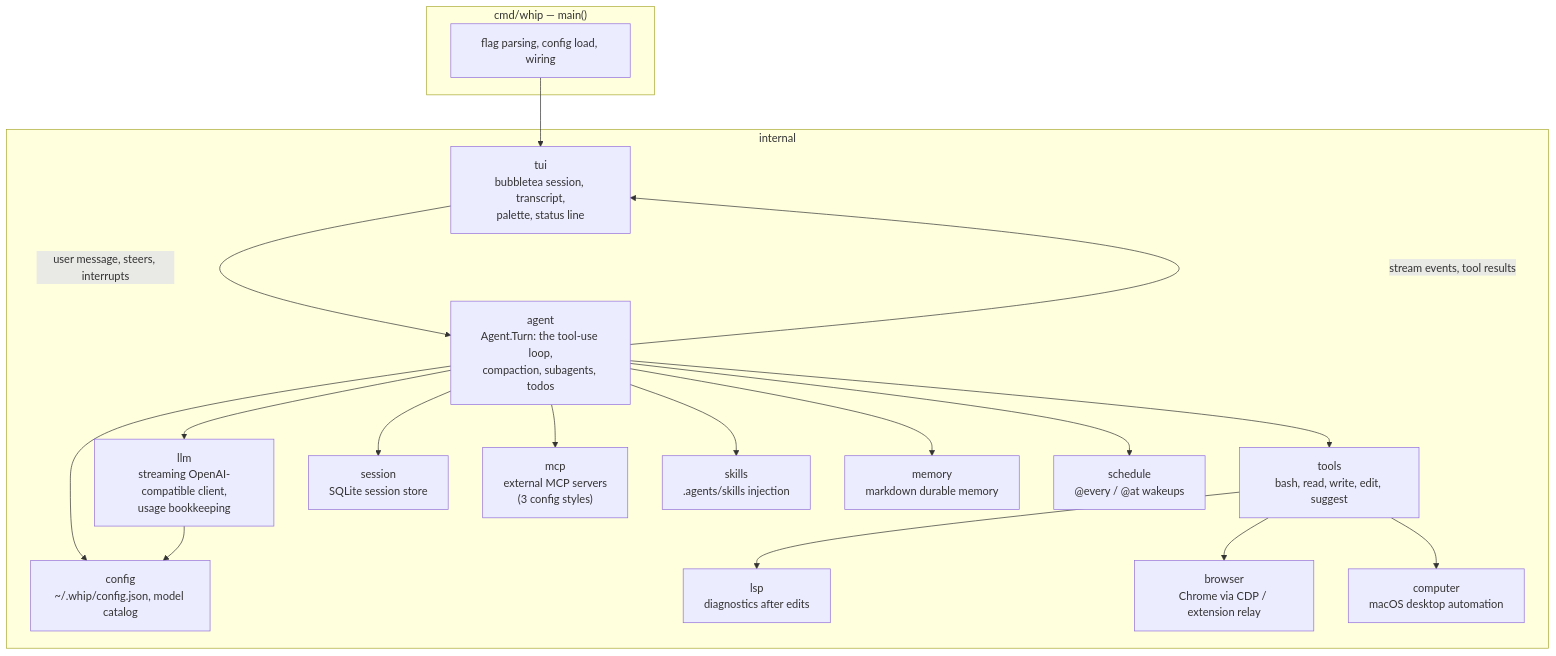
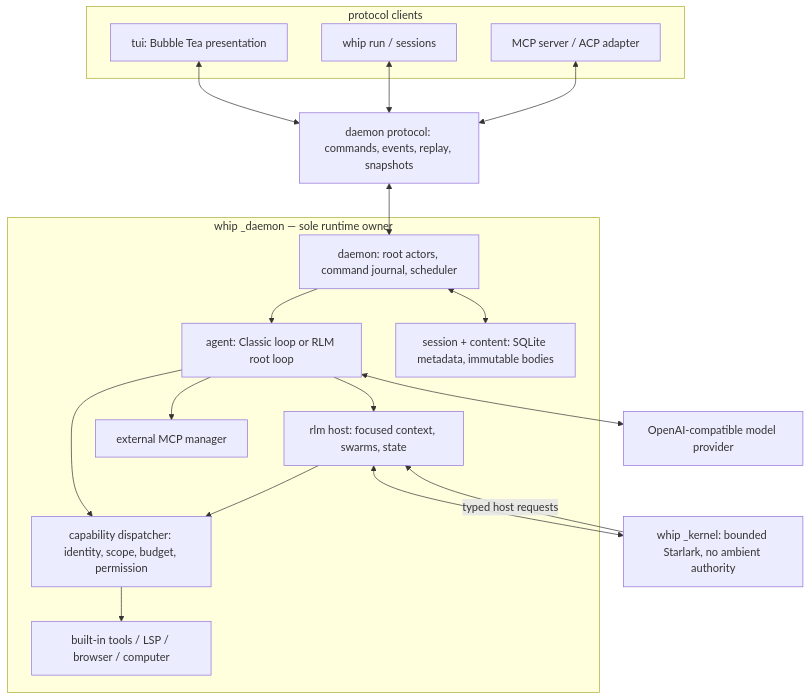
The first of 2 diagrams in docs/architecture.md (context-labs/whip), drawn with Mermaid before and after one commit. The commit also changed other lines of this file and 30 other files, not shown here.

Commit message:
feat(runtime): complete RLM release acceptance

````diff
--- a/docs/architecture.md
+++ b/docs/architecture.md
@@ -9,38 +10,36 @@
 ```mermaid
 flowchart TB
-    subgraph cmd["cmd/whip — main()"]
-        M[flag parsing, config load, wiring]
+    subgraph clients["protocol clients"]
+        TUI["tui: Bubble Tea presentation"]
+        RUN["whip run / sessions"]
+        ADAPTERS["MCP server / ACP adapter"]
     end
 
-    subgraph internal
-        TUI["tui<br/>bubbletea session, transcript,<br/>palette, status line"]
-        AGENT["agent<br/>Agent.Turn: the tool-use loop,<br/>compaction, subagents, todos"]
-        LLM["llm<br/>streaming OpenAI-compatible client,<br/>usage bookkeeping"]
-        TOOLS["tools<br/>bash, read, write, edit, suggest"]
-        CFG["config<br/>~/.whip/config.json, model catalog"]
-        SESS["session<br/>SQLite session store"]
-        MCP["mcp<br/>external MCP servers<br/>(3 config styles)"]
-        SKILLS["skills<br/>.agents/skills injection"]
-        LSP["lsp<br/>diagnostics after edits"]
-        MEM["memory<br/>markdown durable memory"]
-        BROWSER["browser<br/>Chrome via CDP / extension relay"]
-        COMPUTER["computer<br/>macOS desktop automation"]
-        SCHED["schedule<br/>@every / @at wakeups"]
+    RPC["daemon protocol: commands, events, replay, snapshots"]
+
+    subgraph owner["whip _daemon — sole runtime owner"]
+        DAEMON["daemon: root actors, command journal, scheduler"]
+        AGENT["agent: Classic loop or RLM root loop"]
+        RLM["rlm host: focused context, swarms, state"]
+        POLICY["capability dispatcher: identity, scope, budget, permission"]
+        STORE["session + content: SQLite metadata, immutable bodies"]
+        SERVICES["built-in tools / LSP / browser / computer"]
+        MCP["external MCP manager"]
     end
 
-    M --> TUI
-    TUI -->|user message, steers, interrupts| AGENT
-    AGENT -->|stream events, tool results| TUI
-    AGENT --> LLM
-    AGENT --> TOOLS
+    KERNEL["whip _kernel: bounded Starlark, no ambient authority"]
+    PROVIDER["OpenAI-compatible model provider"]
+
+    TUI <--> RPC
+    RUN <--> RPC
+    ADAPTERS <--> RPC
+    RPC <--> DAEMON
+    DAEMON <--> STORE
+    DAEMON --> AGENT
+    AGENT <--> PROVIDER
+    AGENT --> POLICY
     AGENT --> MCP
-    TOOLS --> LSP
-    TOOLS --> BROWSER
-    TOOLS --> COMPUTER
-    AGENT --> SESS
-    AGENT --> MEM
-    AGENT --> SKILLS
-    AGENT --> SCHED
-    AGENT --> CFG
-    LLM --> CFG
+    AGENT --> RLM <--> KERNEL
+    KERNEL -->|typed host requests| RLM
+    RLM --> POLICY --> SERVICES
 ```
````
